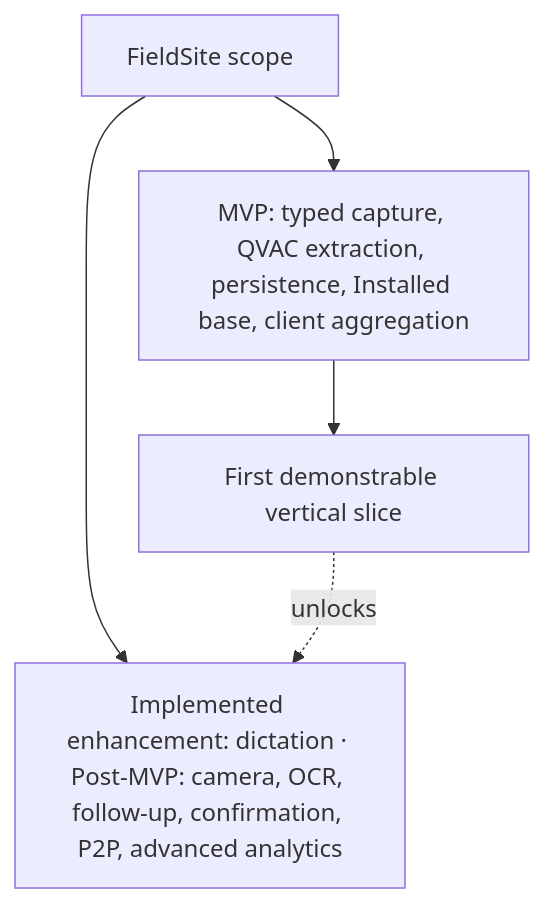
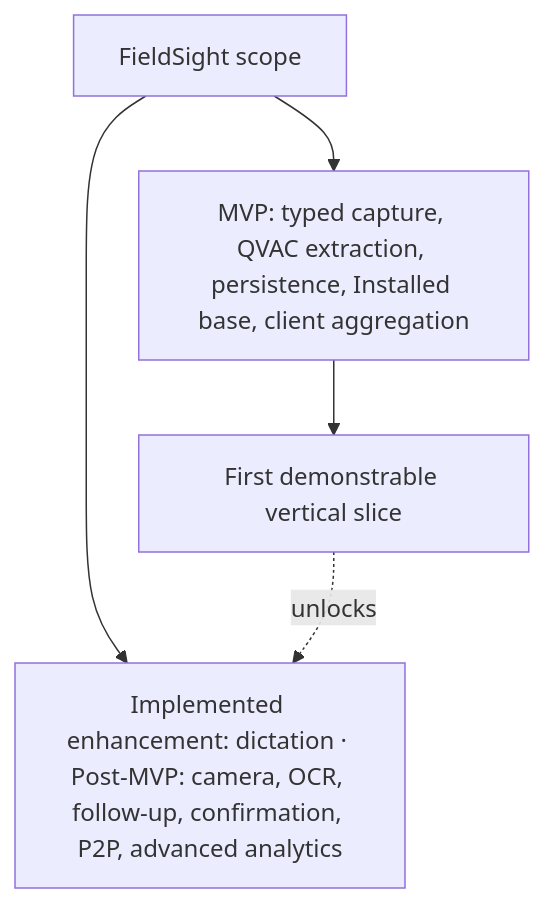
Before and after one commit to quantumquirkxyz/Caffeine-Express: the first of 7 diagrams in docs/proposal-solution.md, drawn with Mermaid. The commit also changed other lines of this file and 15 other files, not shown here.

Commit message:
fix: standardize product name as FieldSight

````diff
--- a/docs/proposal-solution.md
+++ b/docs/proposal-solution.md
@@ -67,7 +67,7 @@
 ```mermaid
 flowchart TB
-    Scope["FieldSite scope"] --> MVP["MVP: typed capture, QVAC extraction, persistence, Installed base, client aggregation"]
+    Scope["FieldSight scope"] --> MVP["MVP: typed capture, QVAC extraction, persistence, Installed base, client aggregation"]
     Scope --> Post["Implemented enhancement: dictation · Post-MVP: camera, OCR, follow-up, confirmation, P2P, advanced analytics"]
     MVP --> Demo["First demonstrable vertical slice"]
     Demo -.unlocks.-> Post
 ```
````
